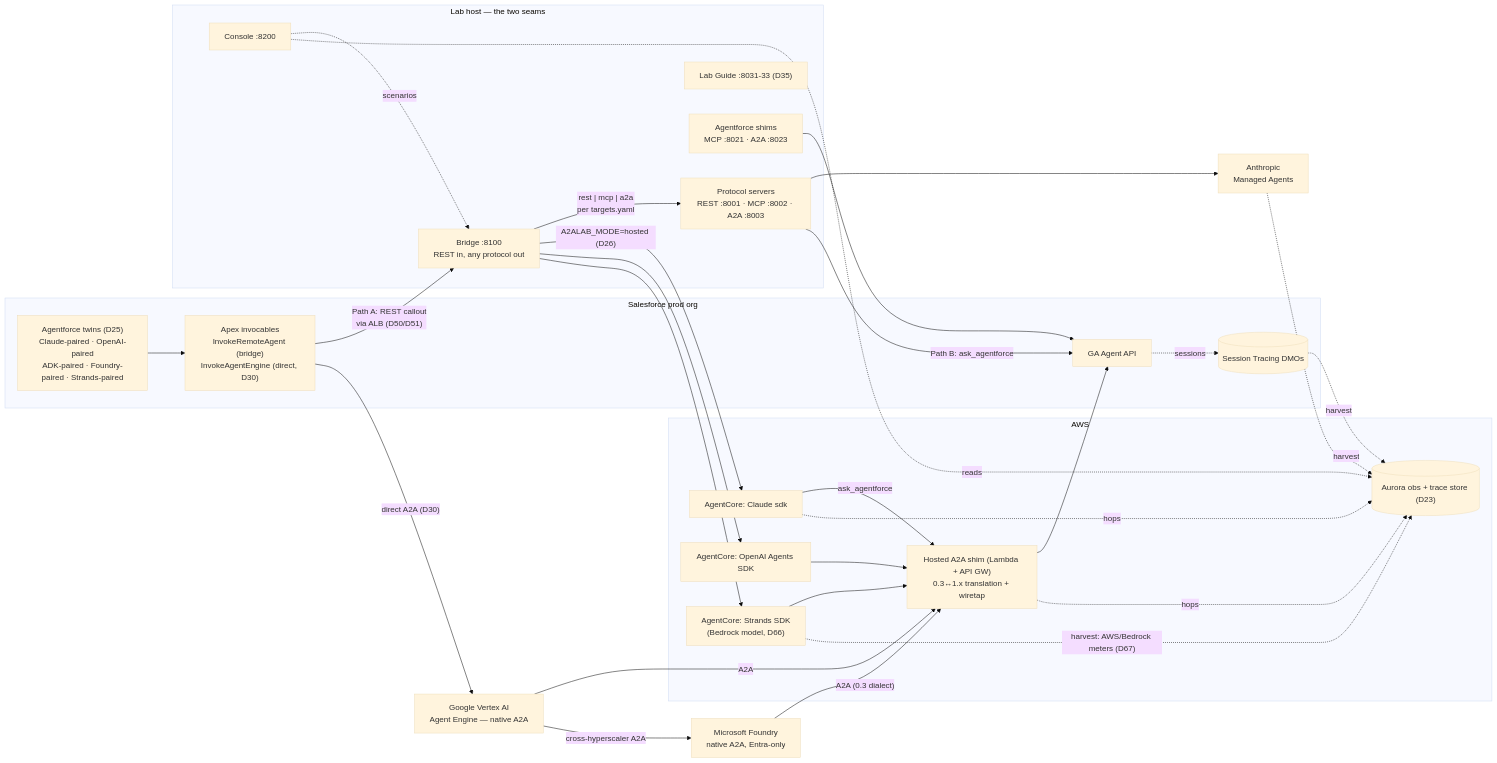
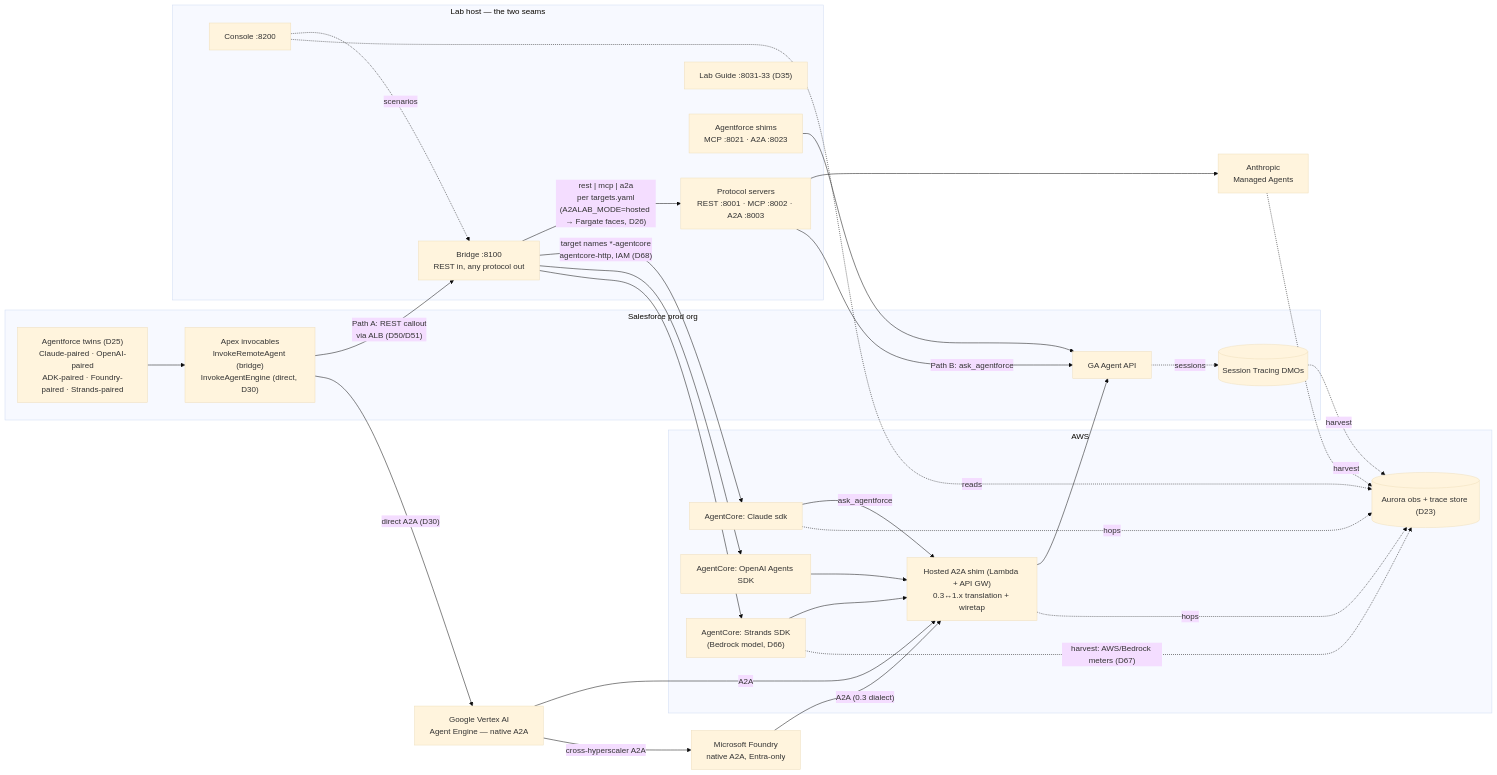
Before and after one commit to congmingwudi/a2a-lab: the second of 4 diagrams in README.md, drawn with Mermaid (base theme). The commit also changed other lines of this file and 13 other files, not shown here.

Commit message:
WS16/insights: refresh insights, diagrams, deployment map, and console copy

````diff
--- a/README.md
+++ b/README.md
@@ -268,55 +268,55 @@
 ```mermaid
 flowchart LR
     subgraph sforg["Salesforce prod org"]
         TWINS["Agentforce twins (D25)<br/>Claude-paired · OpenAI-paired<br/>ADK-paired · Foundry-paired · Strands-paired"]
         APEX["Apex invocables<br/>InvokeRemoteAgent (bridge)<br/>InvokeAgentEngine (direct, D30)"]
         AGENTAPI["GA Agent API"]
         STDM[("Session Tracing DMOs")]
         TWINS --> APEX
         AGENTAPI -. sessions .-> STDM
     end
 
     subgraph lab["Lab host — the two seams"]
         BR["Bridge :8100<br/>REST in, any protocol out"]
         SRV["Protocol servers<br/>REST :8001 · MCP :8002 · A2A :8003"]
         GUIDE["Lab Guide :8031-33 (D35)"]
         SHIMS["Agentforce shims<br/>MCP :8021 · A2A :8023"]
         CONSOLE["Console :8200"]
     end
 
     subgraph aws["AWS"]
         ACC["AgentCore: Claude sdk"]
         ACO["AgentCore: OpenAI Agents SDK"]
         ACS["AgentCore: Strands SDK<br/>(Bedrock model, D66)"]
         HSHIM["Hosted A2A shim (Lambda + API GW)<br/>0.3↔1.x translation + wiretap"]
         OBSDB[("Aurora obs + trace store (D23)")]
     end
 
     CMA["Anthropic<br/>Managed Agents"]
     ADK["Google Vertex AI<br/>Agent Engine — native A2A"]
     FDY["Microsoft Foundry<br/>native A2A, Entra-only"]
 
     APEX -- "Path A: REST callout<br/>via ALB (D50/D51)" --> BR
     APEX -- "direct A2A (D30)" --> ADK
-    BR -- "rest | mcp | a2a<br/>per targets.yaml" --> SRV
-    BR -- "A2ALAB_MODE=hosted (D26)" --> ACC
+    BR -- "rest | mcp | a2a<br/>per targets.yaml<br/>(A2ALAB_MODE=hosted → Fargate faces, D26)" --> SRV
+    BR -- "target names *-agentcore<br/>agentcore-http, IAM (D68)" --> ACC
     BR --> ACO
     BR --> ACS
     SRV --> CMA
     SRV -- "Path B: ask_agentforce" --> AGENTAPI
     SHIMS --> AGENTAPI
     ACC -- ask_agentforce --> HSHIM
     ACO --> HSHIM
     ACS --> HSHIM
     ADK -- A2A --> HSHIM
     FDY -- "A2A (0.3 dialect)" --> HSHIM
     ADK -- "cross-hyperscaler A2A" --> FDY
     HSHIM --> AGENTAPI
     CONSOLE -.scenarios.-> BR
     CONSOLE -.reads.-> OBSDB
     HSHIM -.hops.-> OBSDB
     ACC -.hops.-> OBSDB
     STDM -.harvest.-> OBSDB
     CMA -.harvest.-> OBSDB
     ACS -. "harvest: AWS/Bedrock meters (D67)" .-> OBSDB
 ```
````
